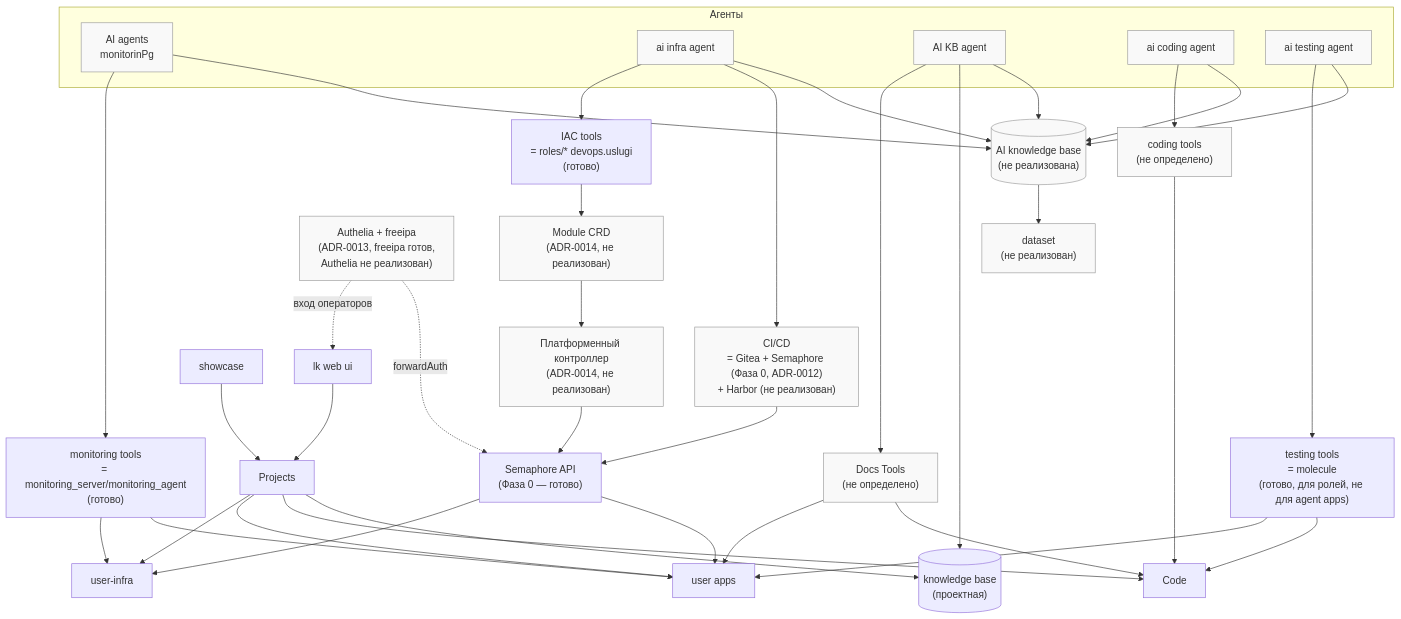
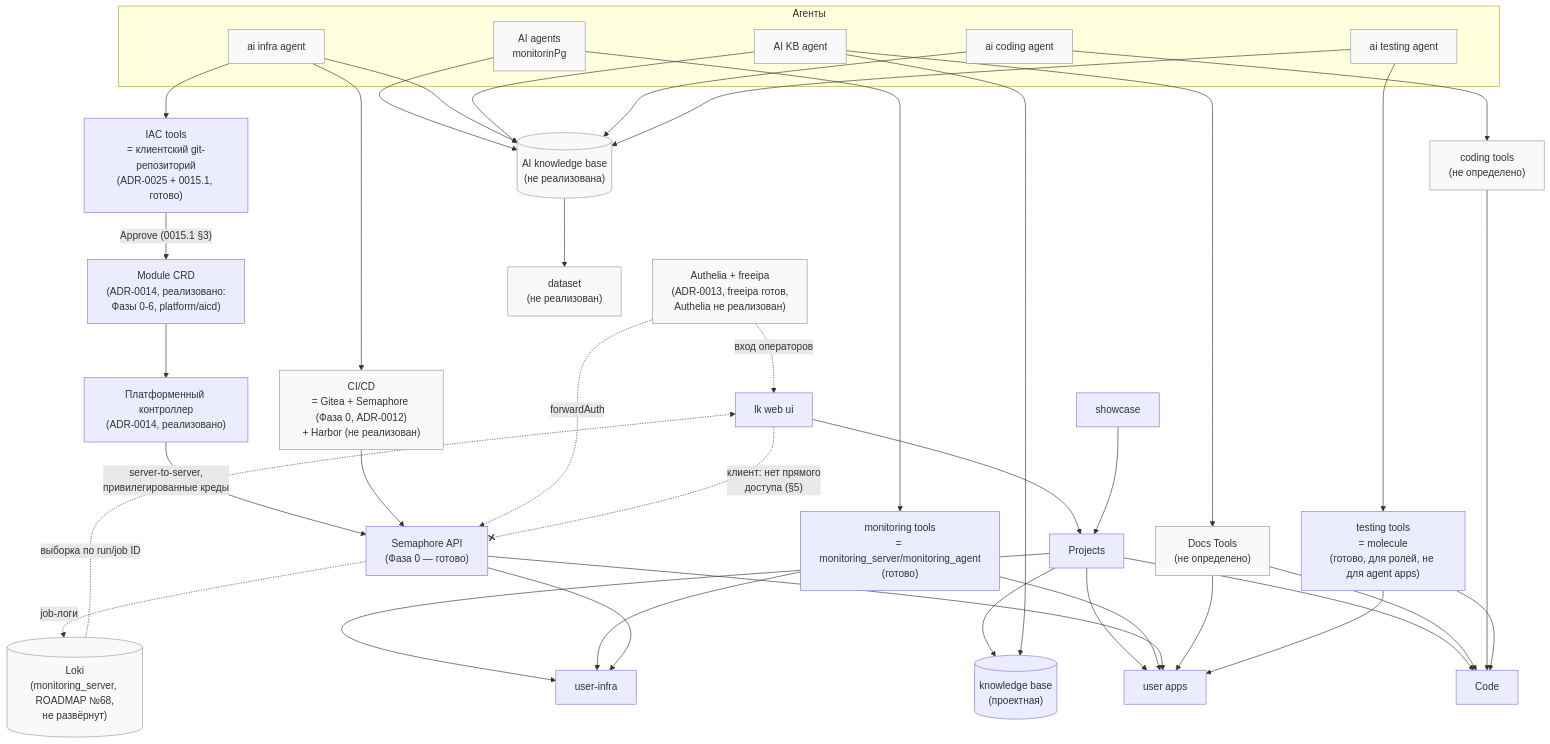
One commit to vinogradovia/ansible-devops-uslugi changed the first of 2 diagrams in docs/adr/0015-ai-agent-platform-architecture.md. Above: the diagram before and after it, drawn with Mermaid. The commit also changed other lines of this file and 4 other files, not shown here.

First line of the commit message:
docs(adr): исправить понимание IAC tools и роли Module CRD/Semaphore для клиентов

````diff
--- a/docs/adr/0015-ai-agent-platform-architecture.md
+++ b/docs/adr/0015-ai-agent-platform-architecture.md
@@ -39,64 +39,66 @@
 ```mermaid
 graph TD
     LK["lk web ui"] --> PRJ["Projects"]
     SHOW["showcase"] --> PRJ
 
     PRJ --> INFRA["user-infra"]
     PRJ --> APPS["user apps"]
     PRJ --> CODE["Code"]
     PRJ --> PKB[("knowledge base<br/>(проектная)")]
 
     subgraph Agents["Агенты"]
         MON_A["AI agents<br/>monitorinPg"]
         INF_A["ai infra agent"]
         KB_A["AI KB agent"]
         COD_A["ai coding agent"]
         TST_A["ai testing agent"]
     end
 
     MON_A --> MON_T["monitoring tools<br/>= monitoring_server/monitoring_agent<br/>(готово)"]
-    INF_A --> IAC["IAC tools<br/>= roles/* devops.uslugi<br/>(готово)"]
+    INF_A --> IAC["IAC tools<br/>= клиентский git-репозиторий<br/>(ADR-0025 + 0015.1, готово)"]
     INF_A --> CICD["CI/CD<br/>= Gitea + Semaphore (Фаза 0, ADR-0012)<br/>+ Harbor (не реализован)"]
     KB_A --> DOCS["Docs Tools<br/>(не определено)"]
     COD_A --> COD_T["coding tools<br/>(не определено)"]
     TST_A --> TST_T["testing tools<br/>= molecule<br/>(готово, для ролей, не для agent apps)"]
 
     MON_T --> INFRA
     MON_T --> APPS
-    IAC --> MODULE["Module CRD<br/>(ADR-0014, не реализован)"]
-    MODULE --> CTRL["Платформенный контроллер<br/>(ADR-0014, не реализован)"]
-    CTRL --> SEM["Semaphore API<br/>(Фаза 0 — готово)"]
+    IAC -->|"Approve (0015.1 §3)"| MODULE["Module CRD<br/>(ADR-0014, реализовано:<br/>Фазы 0-6, platform/aicd)"]
+    MODULE --> CTRL["Платформенный контроллер<br/>(ADR-0014, реализовано)"]
+    CTRL -->|"server-to-server,<br/>привилегированные креды"| SEM["Semaphore API<br/>(Фаза 0 — готово)"]
     SEM --> INFRA
     CICD --> SEM
     SEM --> APPS
     DOCS --> APPS
     DOCS --> CODE
     KB_A --> PKB
     COD_T --> CODE
     TST_T --> APPS
     TST_T --> CODE
 
     AUTH["Authelia + freeipa<br/>(ADR-0013, freeipa готов,<br/>Authelia не реализован)"] -.->|вход операторов| LK
     AUTH -.->|forwardAuth| SEM
+    LK -. "клиент: нет прямого<br/>доступа (§5)" .-x SEM
+    SEM -.->|job-логи| LOKI[("Loki<br/>(monitoring_server, ROADMAP №68,<br/>не развёрнут)")]
+    LOKI -.->|"выборка по run/job ID"| LK
 
     MON_A --> AIKB[("AI knowledge base<br/>(не реализована)")]
     INF_A --> AIKB
     KB_A --> AIKB
     COD_A --> AIKB
     TST_A --> AIKB
     AIKB --> DS["dataset<br/>(не реализован)"]
 
     style MON_A fill:#f9f9f9,stroke:#999
     style INF_A fill:#f9f9f9,stroke:#999
     style KB_A fill:#f9f9f9,stroke:#999
     style COD_A fill:#f9f9f9,stroke:#999
     style TST_A fill:#f9f9f9,stroke:#999
-    style MODULE fill:#f9f9f9,stroke:#999
-    style CTRL fill:#f9f9f9,stroke:#999
     style AUTH fill:#f9f9f9,stroke:#999
     style AIKB fill:#f9f9f9,stroke:#999
     style DS fill:#f9f9f9,stroke:#999
     style DOCS fill:#f9f9f9,stroke:#999
     style COD_T fill:#f9f9f9,stroke:#999
     style CICD fill:#f9f9f9,stroke:#999
+    style LOKI fill:#f9f9f9,stroke:#999
 ```
````
